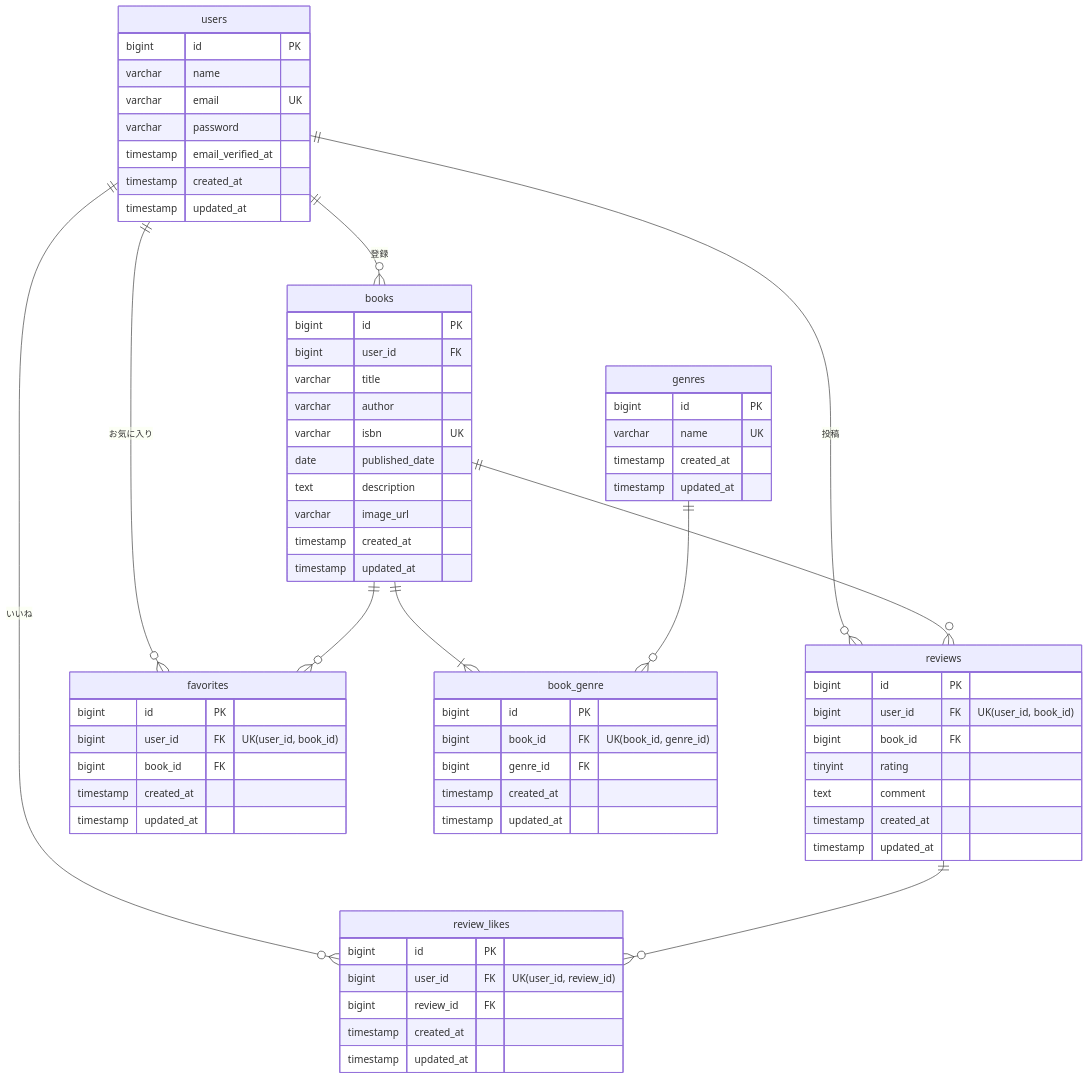
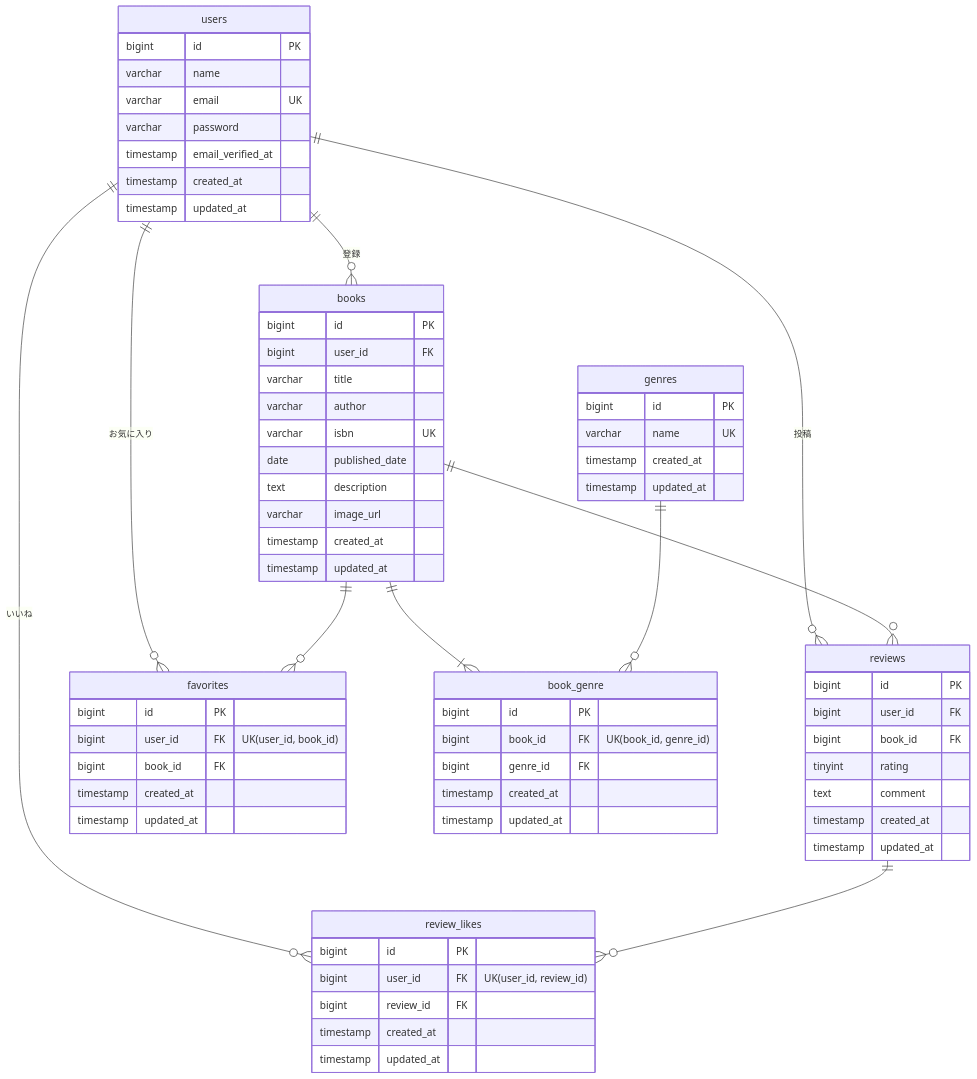
One commit to coachtech-material/ExampleAnswer-mockcase-BookShelf changed the diagram in README.md. Above: the diagram before and after it, drawn with Mermaid. The commit also changed 5 other files, not shown here.

First line of the commit message:
fix(advanced): reviews の (user_id, book_id) unique 制約を削除 (#19)

````diff
--- a/README.md
+++ b/README.md
@@ -226,76 +226,76 @@
 ```mermaid
 erDiagram
     users ||--o{ books : "登録"
     users ||--o{ reviews : "投稿"
     users ||--o{ favorites : "お気に入り"
     users ||--o{ review_likes : "いいね"
     books ||--o{ reviews : ""
     books ||--|{ book_genre : ""
     books ||--o{ favorites : ""
     genres ||--o{ book_genre : ""
     reviews ||--o{ review_likes : ""
 
     users {
         bigint id PK
         varchar name
         varchar email UK
         varchar password
         timestamp email_verified_at
         timestamp created_at
         timestamp updated_at
     }
 
     books {
         bigint id PK
         bigint user_id FK
         varchar title
         varchar author
         varchar isbn UK
         date published_date
         text description
         varchar image_url
         timestamp created_at
         timestamp updated_at
     }
 
     genres {
         bigint id PK
         varchar name UK
         timestamp created_at
         timestamp updated_at
     }
 
     reviews {
         bigint id PK
-        bigint user_id FK "UK(user_id, book_id)"
+        bigint user_id FK
         bigint book_id FK
         tinyint rating
         text comment
         timestamp created_at
         timestamp updated_at
     }
 
     book_genre {
         bigint id PK
         bigint book_id FK "UK(book_id, genre_id)"
         bigint genre_id FK
         timestamp created_at
         timestamp updated_at
     }
 
     favorites {
         bigint id PK
         bigint user_id FK "UK(user_id, book_id)"
         bigint book_id FK
         timestamp created_at
         timestamp updated_at
     }
 
     review_likes {
         bigint id PK
         bigint user_id FK "UK(user_id, review_id)"
         bigint review_id FK
         timestamp created_at
         timestamp updated_at
     }
 ```
````
